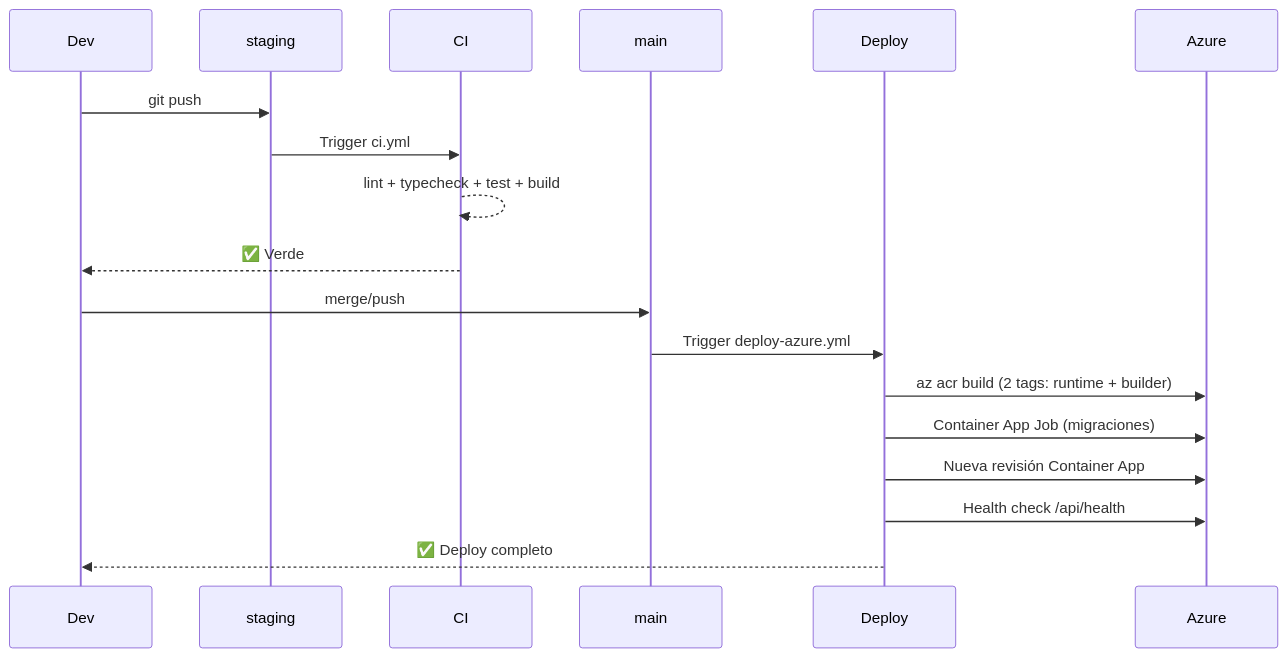
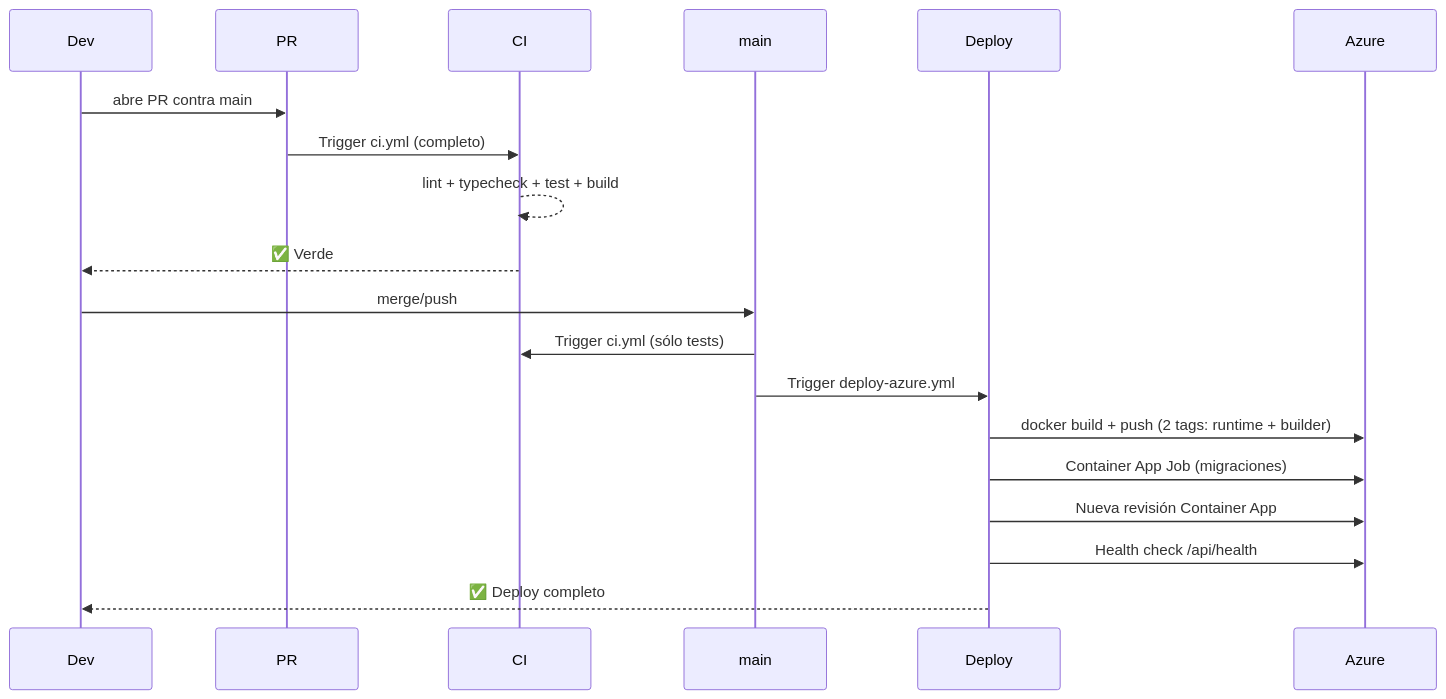
One commit to manny864/finops changed the second of 4 diagrams in docs/lld/00-lld-completo.md. Above: the diagram before and after it, drawn with Mermaid. The commit also changed other lines of this file and 5 other files, not shown here.

````diff
--- a/docs/lld/00-lld-completo.md
+++ b/docs/lld/00-lld-completo.md
@@ -366,21 +372,22 @@
 ```mermaid
 sequenceDiagram
     participant Dev
-    participant staging
+    participant PR
     participant CI
     participant main
     participant Deploy
     participant Azure
 
-    Dev->>staging: git push
-    staging->>CI: Trigger ci.yml
+    Dev->>PR: abre PR contra main
+    PR->>CI: Trigger ci.yml (completo)
     CI-->>CI: lint + typecheck + test + build
     CI-->>Dev: ✅ Verde
     Dev->>main: merge/push
+    main->>CI: Trigger ci.yml (sólo tests)
     main->>Deploy: Trigger deploy-azure.yml
-    Deploy->>Azure: az acr build (2 tags: runtime + builder)
+    Deploy->>Azure: docker build + push (2 tags: runtime + builder)
     Deploy->>Azure: Container App Job (migraciones)
     Deploy->>Azure: Nueva revisión Container App
     Deploy->>Azure: Health check /api/health
     Deploy-->>Dev: ✅ Deploy completo
 ```
````
